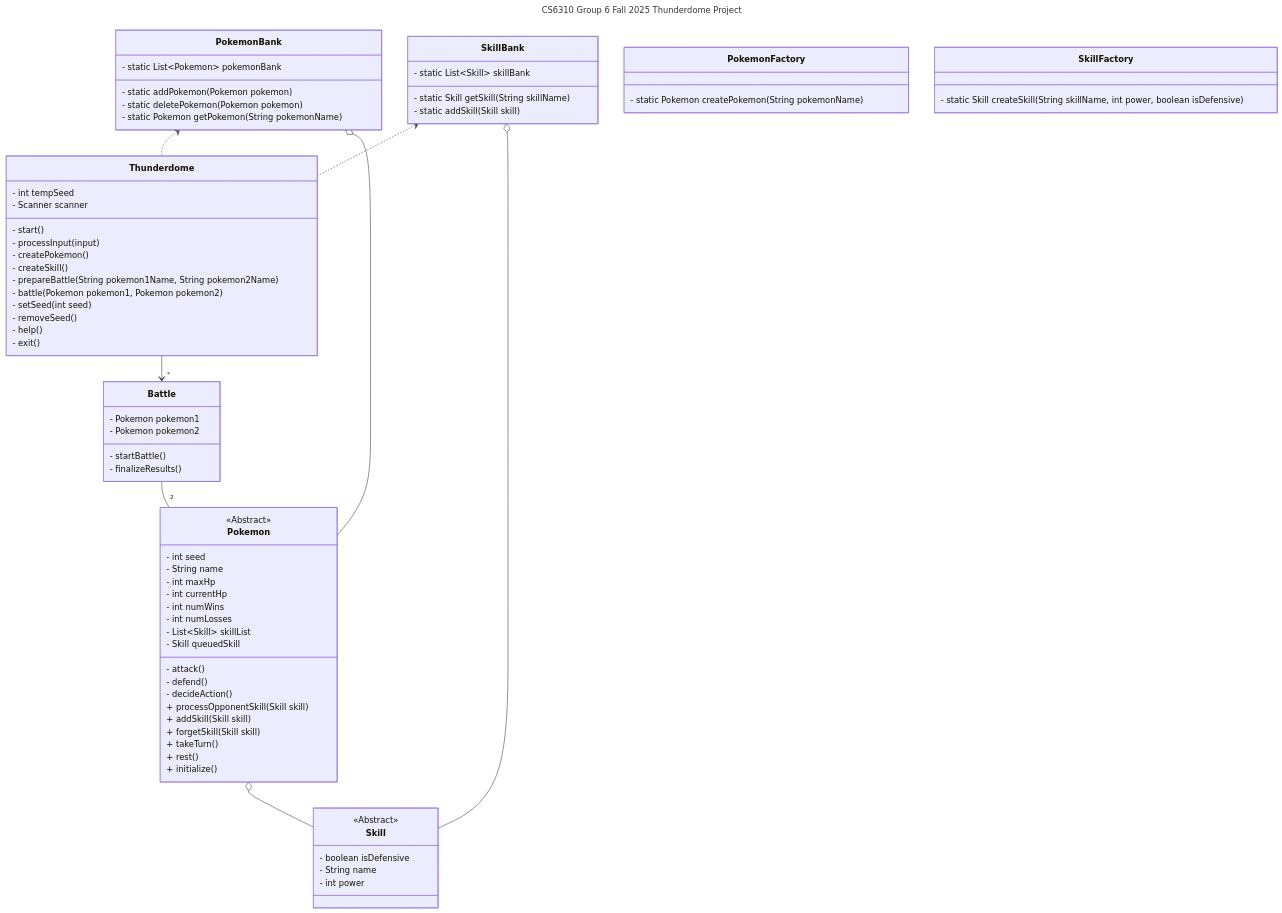
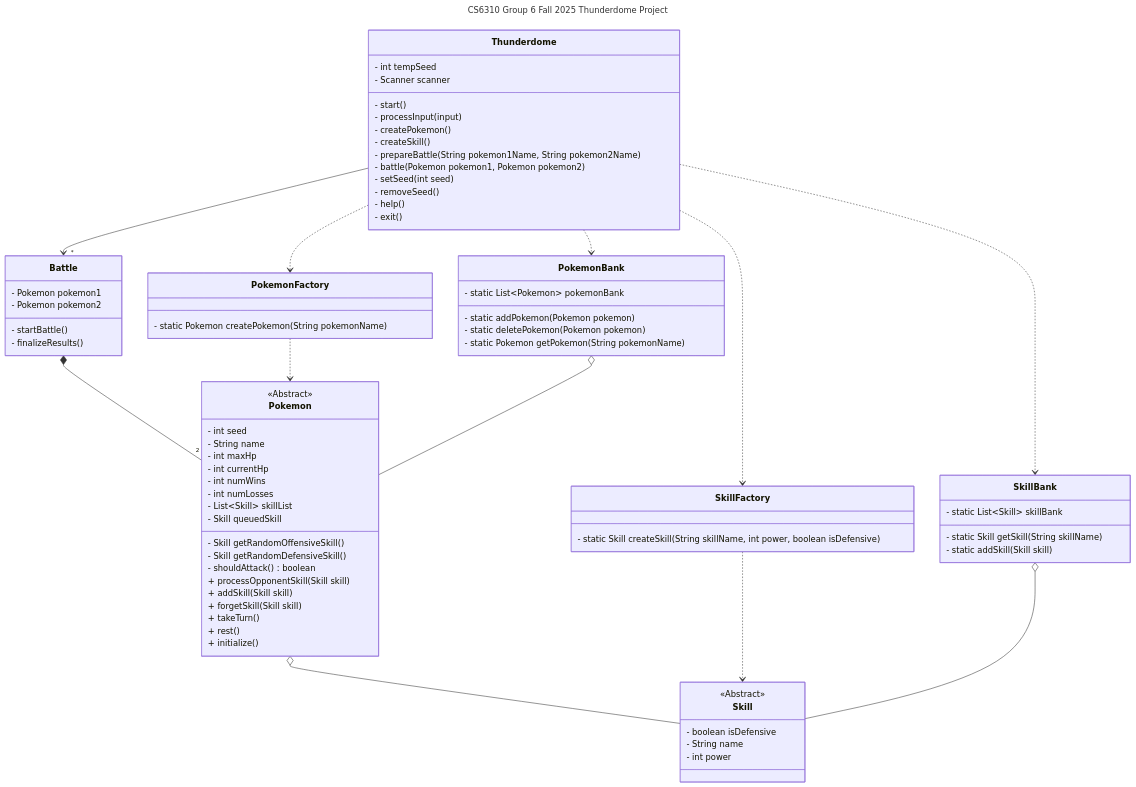
The diagram in OMSCS-Notes/CS6310 - Software Architecture & Design/Project/Class Diagram.md (seantdeitrich/OMSCS-Notes), drawn with Mermaid before and after one commit. The commit also changed other lines of this file and 1 other file, not shown here.

Commit message:
sequence diagram WIP

````diff
--- a/OMSCS-Notes/CS6310 - Software Architecture & Design/Project/Class Diagram.md
+++ b/OMSCS-Notes/CS6310 - Software Architecture & Design/Project/Class Diagram.md
@@ -1,15 +1,32 @@
 ```mermaid
---- 
+---
 title: CS6310 Group 6 Fall 2025 Thunderdome Project
 ---
 classDiagram
-    PokemonBank <.. Thunderdome
-    SkillBank <.. Thunderdome
+
+    class Thunderdome
+    class Battle
+    class Pokemon
+    class Skill
+    class PokemonFactory
+    class SkillFactory
+    class PokemonBank
+    class SkillBank
+
+    Thunderdome --> "*" Battle 
+    Battle *-- "2" Pokemon 
+    Pokemon o-- Skill
+
+    Thunderdome ..> PokemonFactory
+    Thunderdome ..> SkillFactory 
+    Thunderdome ..> PokemonBank 
+    Thunderdome ..> SkillBank
+     
+    PokemonFactory ..> Pokemon 
+    SkillFactory ..> Skill 
+
     PokemonBank o-- Pokemon
     SkillBank o-- Skill
-    Pokemon o-- Skill
-    Thunderdome --> "*" Battle
-    Battle -- "2" Pokemon
 
     class Skill {
         <<Abstract>>
@@ -27,13 +44,13 @@
         - int numWins
         - int numLosses
         - List~Skill~ skillList
-	    - Skill queuedSkill
-        - attack()
-        - defend()
-        - decideAction()
+        - Skill queuedSkill
+        - Skill getRandomOffensiveSkill()
+        - Skill getRandomDefensiveSkill()
+        - shouldAttack() boolean
         + processOpponentSkill(Skill skill)
-	    + addSkill(Skill skill)
-		+ forgetSkill(Skill skill)
+        + addSkill(Skill skill)
+        + forgetSkill(Skill skill)
         + takeTurn()
         + rest()
         + initialize()
@@ -45,23 +62,23 @@
         - static deletePokemon(Pokemon pokemon)
         - static Pokemon getPokemon(String pokemonName)
     }
-    
-	class SkillBank {
+
+    class SkillBank {
         - static List~Skill~ skillBank
         - static Skill getSkill(String skillName)
         - static addSkill(Skill skill)
     }
-    
+
     class PokemonFactory {
-		- static Pokemon createPokemon(String pokemonName)
+        - static Pokemon createPokemon(String pokemonName)
     }
-    
+
     class SkillFactory {
-		- static Skill createSkill(String skillName, int power, boolean isDefensive)
+        - static Skill createSkill(String skillName, int power, boolean isDefensive)
     }
 
     class Thunderdome {
-	    - int tempSeed
+        - int tempSeed
         - Scanner scanner
         - start()
         - processInput(input)
@@ -82,4 +99,5 @@
         - finalizeResults()
     }
 
+
 ```
````
